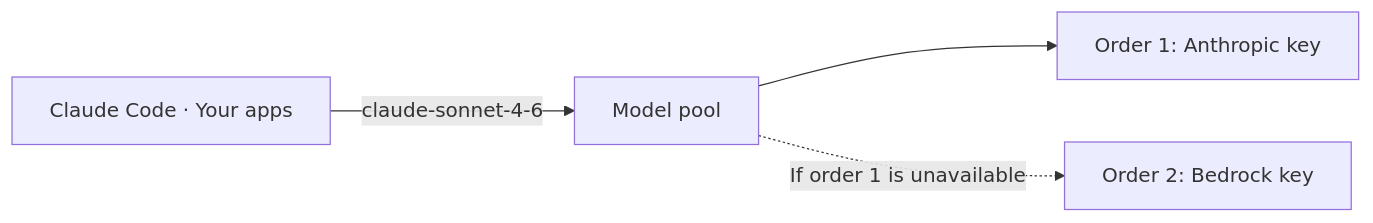
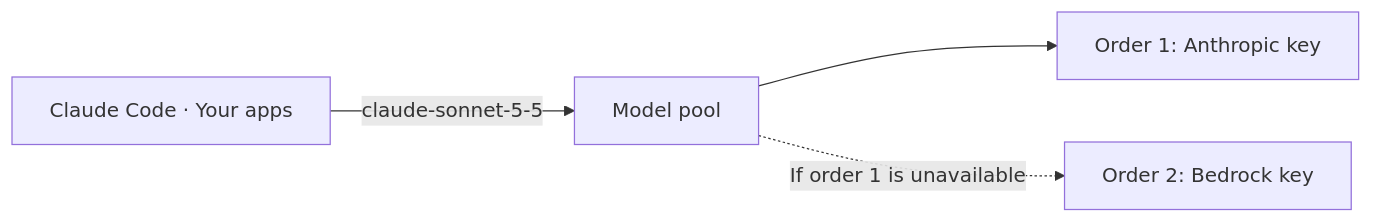
Before and after one commit to archestra-ai/archestra: the diagram in docs/pages/llm-proxy/model-pools/index.md, drawn with Mermaid. The commit also changed other lines of this file, not shown here.

Commit message:
docs(model-pools): use current Claude Sonnet and GPT models in examples

````diff
--- a/docs/pages/llm-proxy/model-pools/index.md
+++ b/docs/pages/llm-proxy/model-pools/index.md
@@ -13,7 +13,7 @@
 ```mermaid
 flowchart LR
-    Client["Claude Code · Your apps"] -->|"claude-sonnet-4-6"| Pool["Model pool"]
+    Client["Claude Code · Your apps"] -->|"claude-sonnet-5-5"| Pool["Model pool"]
     Pool --> Order1["Order 1: Anthropic key"]
     Pool -.->|"If order 1 is unavailable"| Order2["Order 2: Bedrock key"]
     class Pool accent
 ```
````
